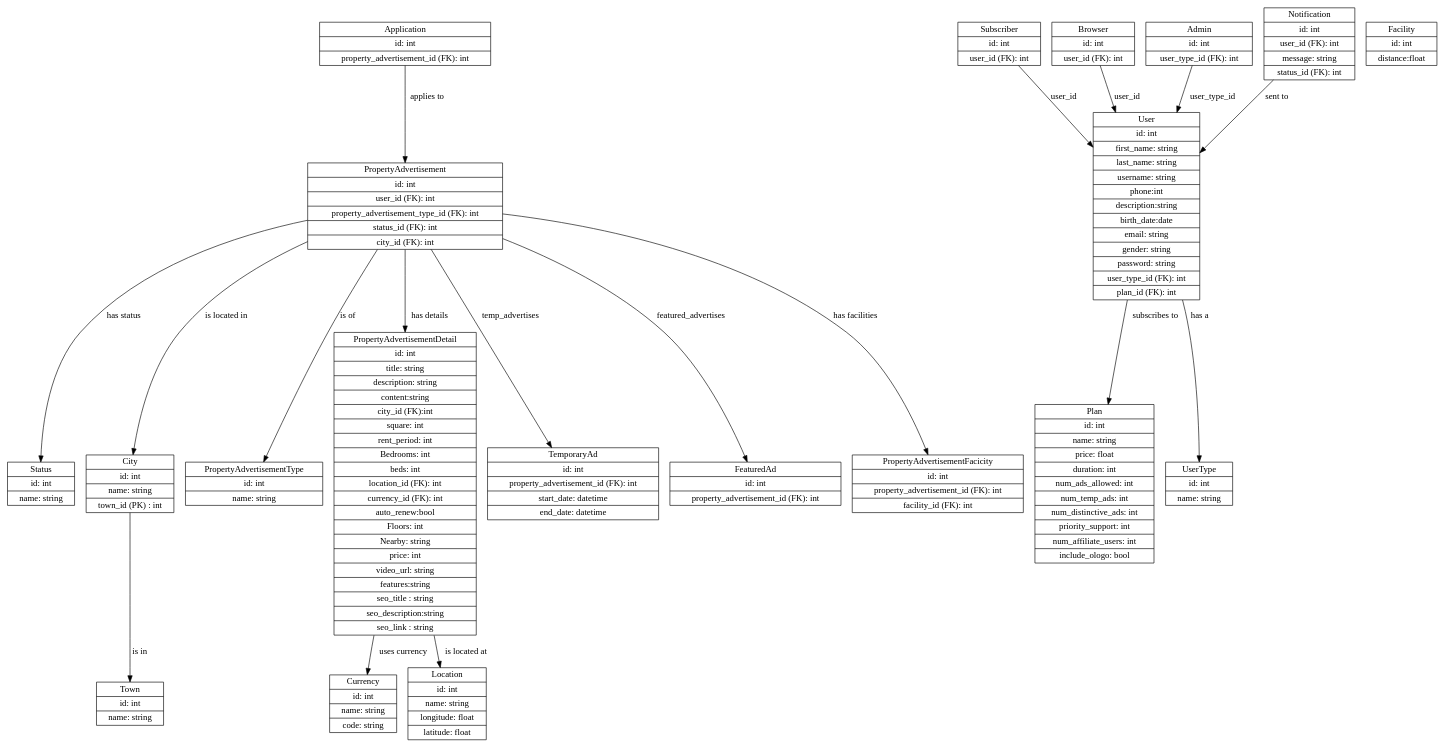
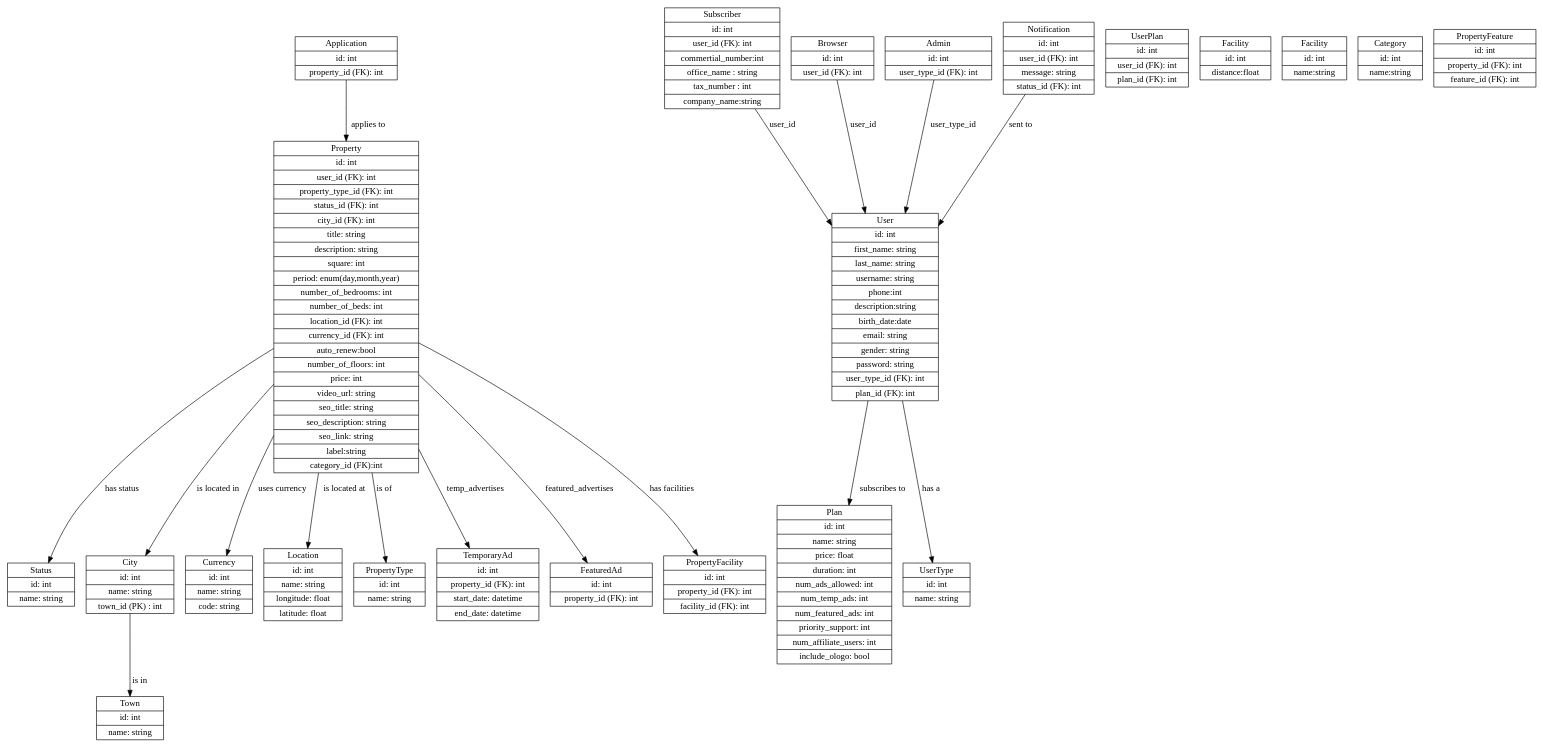
One commit to munthir100/real-estate-application changed the diagram in schema.dot. Above: the diagram before and after it, drawn with Graphviz. The commit also changed 110 other files, not shown here.

Commit message:
add a subscription plans and add the  ads and edit in the logic of project

```diff
--- a/schema.dot
+++ b/schema.dot
@@ -1,126 +1,89 @@
 digraph UML_Diagram {
-  node [shape = record;];
-  Status [label = "{Status | id: int | name: string}";]
-
-  // Town
-  Town [label = "{Town | id: int | name: string}";]
-
-  // City
-  City [label = "{City | id: int | name: string | town_id (PK) : int}";]
-  // Currency
-  Currency [label = "{Currency | id: int | name: string | code: string}";]
-  
-
-  // Subscription Plan
-  Plan [label = "{Plan | id: int | name: string | price: float | duration: int | num_ads_allowed: int | num_temp_ads: int | num_distinctive_ads: int | priority_support: int | num_affiliate_users: int | include_ologo: bool}";]
-
-
-  // Location
-  Location [label = "{Location | id: int | name: string | longitude: float | latitude: float}";]
-
-  
-  // User Types
-  UserType [label = "{UserType | id: int | name: string}";]
-
-
-
-  // subscriber - browser
-  User [label = "{User | id: int | first_name: string |last_name: string |username: string|phone:int|description:string|birth_date:date| email: string| gender: string | password: string | user_type_id (FK): int | plan_id (FK): int}";] // gender is enum male or female
-  Subscriber [label = "{Subscriber | id: int | user_id (FK): int}";]
-  Browser [label = "{Browser | id: int | user_id (FK): int}";]
-  Admin [label = "{Admin | id: int | user_type_id (FK): int}";]
-
-  // Property Advertisement
-  PropertyAdvertisementType [label = "{PropertyAdvertisementType | id: int | name: string}";]
-  // Purchase - rent - investment
-  PropertyAdvertisement [label = "{PropertyAdvertisement | id: int | user_id (FK): int | property_advertisement_type_id (FK): int | status_id (FK): int | city_id (FK): int}";]
-  PropertyAdvertisementDetail [
-    label = "{PropertyAdvertisementDetail | id: int | title: string | description: string|content:string|city_id (FK):int| square: int | rent_period: int | Bedrooms: int | beds: int | location_id (FK): int | currency_id (FK): int |auto_renew:bool| Floors: int | Nearby: string | price: int | video_url: string |features:string| seo_title : string | seo_description:string | seo_link : string}";]
-  TemporaryAd [label = "{TemporaryAd | id: int | property_advertisement_id (FK): int | start_date: datetime | end_date: datetime}";]
-  FeaturedAd [label = "{FeaturedAd | id: int | property_advertisement_id (FK): int}";]
-
-  // Real Estate Applications
-  Application [label = "{Application | id: int | property_advertisement_id (FK): int}";]
-
-
-  
-  // Facility
-  Facility [label = "{Facility | id: int | distance:float}";]
-
-  // PropertyAdvertisementFacicity
-  PropertyAdvertisementFacicity [label = "{PropertyAdvertisementFacicity | id: int | property_advertisement_id (FK): int | facility_id (FK): int}";]
-
-
-
-
-  // Notification
-  Notification [label = "{Notification | id: int | user_id (FK): int | message: string | status_id (FK): int}";]
-
-  // User Relationships
-  User -> UserType [label = "has a"]
-  User -> Plan [label = "subscribes to"]
-  Subscriber -> User [label = "user_id"]
-  Browser -> User [label = "user_id"]
-  Admin -> User [label = "user_type_id"]
-
-  // PropertyAdvertisement Relationships
-  PropertyAdvertisement -> PropertyAdvertisementType [label = "is of"]
-  PropertyAdvertisement -> Status [label = "has status"]
-  PropertyAdvertisement -> TemporaryAd [label = "temp_advertises"]
-  PropertyAdvertisement -> FeaturedAd [label = "featured_advertises"]
-  PropertyAdvertisement -> PropertyAdvertisementDetail [label = "has details"]
-  PropertyAdvertisement -> PropertyAdvertisementFacicity [label = "has facilities"]
-
-  // Real Estate Applications Relationships
-  Application -> PropertyAdvertisement [label = "applies to"]
-  PropertyAdvertisementDetail -> Location [label = "is located at"]
-  PropertyAdvertisementDetail -> Currency [label = "uses currency"]
-
-  // City Relationships
-  City -> Town [label = "is in"]
-  PropertyAdvertisement -> City [label = "is located in"]
-
-  // Notification Relationships
-  Notification -> User [label = "sent to"]
+    node [shape = record;];
+    Status [label = "{Status | id: int | name: string}";];
+    
+    // Town
+    Town [label = "{Town | id: int | name: string}";];
+    
+    // City
+    City [label = "{City | id: int | name: string | town_id (PK) : int}";];
+    
+    // Currency
+    Currency [label = "{Currency | id: int | name: string | code: string}";];
+    
+    // Subscription Plan
+    Plan [label = "{Plan | id: int | name: string | price: float | duration: int | num_ads_allowed: int | num_temp_ads: int | num_featured_ads: int | priority_support: int | num_affiliate_users: int | include_ologo: bool}";];
+    
+    // Location
+    Location [label = "{Location | id: int | name: string | longitude: float | latitude: float}";];
+    
+    // User Types
+    UserType [label = "{UserType | id: int | name: string}";];
+    
+    // subscriber - browser
+    User [label = "{User | id: int | first_name: string |last_name: string |username: string|phone:int|description:string|birth_date:date| email: string| gender: string | password: string | user_type_id (FK): int | plan_id (FK): int}";];
+    // gender is enum male or female
+    Subscriber [label = "{Subscriber | id: int | user_id (FK): int | commertial_number:int | office_name : string | tax_number : int|company_name:string }";];
+    Browser [label = "{Browser | id: int | user_id (FK): int}";];
+    Admin [label = "{Admin | id: int | user_type_id (FK): int}";];
+    
+    // Property Advertisement
+    PropertyType [label = "{PropertyType | id: int | name: string}";];
+    
+    // User Plan
+    UserPlan [label = "{UserPlan | id: int | user_id (FK): int | plan_id (FK): int}";];
+    
+    // Purchase - rent - investment
+    Property [label = "{Property | id: int | user_id (FK): int | property_type_id (FK): int | status_id (FK): int | city_id (FK): int | title: string | description: string| square: int | period: enum(day,month,year) | number_of_bedrooms: int | number_of_beds: int | location_id (FK): int | currency_id (FK): int |auto_renew:bool| number_of_floors: int | price: int | video_url: string | seo_title: string | seo_description: string | seo_link: string|label:string|category_id (FK):int}";];
+    
+    TemporaryAd [label = "{TemporaryAd | id: int | property_id (FK): int | start_date: datetime | end_date: datetime}";];
+    FeaturedAd [label = "{FeaturedAd | id: int | property_id (FK): int}";];
+    
+    // Real Estate Applications
+    Application [label = "{Application | id: int | property_id (FK): int}";];
+    
+    // Facility
+    Facility [label = "{Facility | id: int | distance:float}";];
+    
+    // Facility
+    Feature [label = "{Facility | id: int | name:string}";];
+    
+    
+    // Facility
+    Category [label = "{Category | id: int | name:string}";];
+    
+    // PropertyFacility
+    PropertyFacility [label = "{PropertyFacility | id: int | property_id (FK): int | facility_id (FK): int}";];
+    
+    // PropertyFeature
+    PropertyFeature [label = "{PropertyFeature | id: int | property_id (FK): int | feature_id (FK): int}";];
+    
+    // Notification
+    Notification [label = "{Notification | id: int | user_id (FK): int | message: string | status_id (FK): int}";];
+    
+    // User Relationships
+    User -> UserType [label = "has a";];
+    User -> Plan [label = "subscribes to";];
+    Subscriber -> User [label = "user_id";];
+    Browser -> User [label = "user_id";];
+    Admin -> User [label = "user_type_id";];
+    
+    // Property Relationships
+    Property -> PropertyType [label = "is of";];
+    Property -> Status [label = "has status";];
+    Property -> TemporaryAd [label = "temp_advertises";];
+    Property -> FeaturedAd [label = "featured_advertises";];
+    Property -> PropertyFacility [label = "has facilities";];
+    
+    // Real Estate Applications Relationships
+    Application -> Property [label = "applies to";];
+    Property -> Location [label = "is located at";];
+    Property -> Currency [label = "uses currency";];
+    
+    // City Relationships
+    City -> Town [label = "is in";];
+    Property -> City [label = "is located in";];
+    
+    // Notification Relationships
+    Notification -> User [label = "sent to";];
 }
-
-
-
-
-
-
-
-
-
-
-
-
-
-
-
-
-
-
-
-
-
-
-
-
-
-
-
-
-
-
-/*
-
-
-curruncy
-
-countries
-
-
-
-
-*/
```
